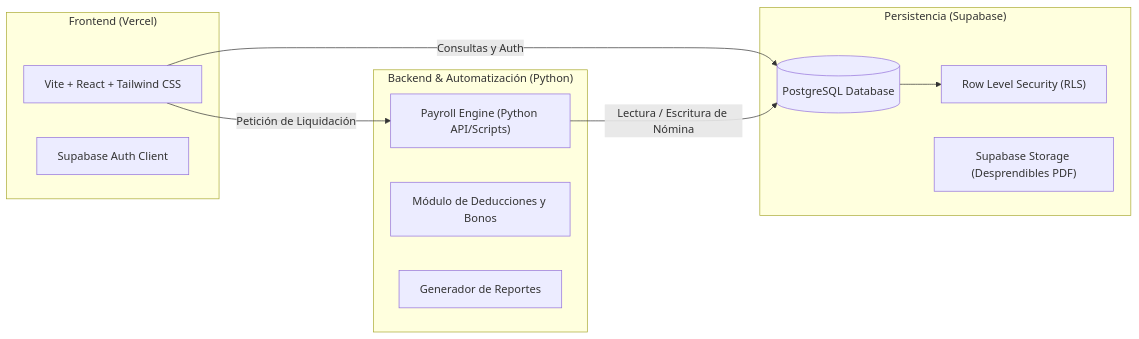
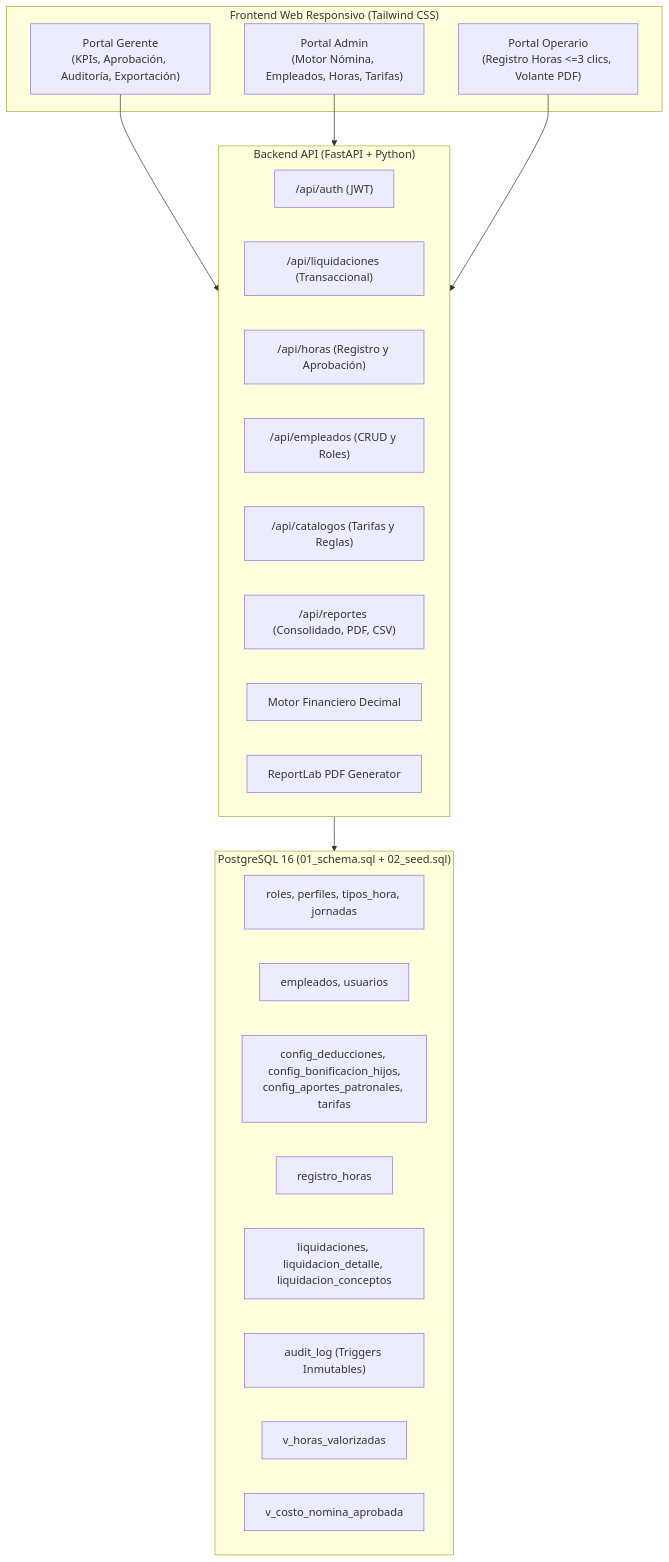
The diagram in README.md (4ndr3s-00/payroll-flow), drawn with Mermaid before and after one commit. The commit also changed other lines of this file and 26 other files, not shown here.

Commit message:
feat: implement full payroll calculation system, api, ui and tests according to sena requirements

````diff
--- a/README.md
+++ b/README.md
@@ -46,24 +42,35 @@
 ```mermaid
-graph LR
-    subgraph Frontend["Frontend (Vercel)"]
-        UI["Vite + React + Tailwind CSS"]
-        AUTH_UI["Supabase Auth Client"]
+graph TD
+    subgraph Frontend["Frontend Web Responsivo (Tailwind CSS)"]
+        UI_GERENTE["Portal Gerente\n(KPIs, Aprobación, Auditoría, Exportación)"]
+        UI_ADMIN["Portal Admin\n(Motor Nómina, Empleados, Horas, Tarifas)"]
+        UI_OPERARIO["Portal Operario\n(Registro Horas <=3 clics, Volante PDF)"]
     end
 
-    subgraph Backend["Backend & Automatización (Python)"]
-        ENGINE["Payroll Engine (Python API/Scripts)"]
-        CALC["Módulo de Deducciones y Bonos"]
-        REPORT["Generador de Reportes"]
+    subgraph Backend["Backend API (FastAPI + Python)"]
+        ROUTER_AUTH["/api/auth (JWT)"]
+        ROUTER_LIQ["/api/liquidaciones (Transaccional)"]
+        ROUTER_HORAS["/api/horas (Registro y Aprobación)"]
+        ROUTER_EMP["/api/empleados (CRUD y Roles)"]
+        ROUTER_CAT["/api/catalogos (Tarifas y Reglas)"]
+        ROUTER_REP["/api/reportes (Consolidado, PDF, CSV)"]
+        ENGINE["Motor Financiero Decimal"]
+        PDF_SVC["ReportLab PDF Generator"]
     end
 
-    subgraph Data["Persistencia (Supabase)"]
-        DB[("PostgreSQL Database")]
-        RLS["Row Level Security (RLS)"]
-        STORAGE["Supabase Storage (Desprendibles PDF)"]
+    subgraph Database["PostgreSQL 16 (01_schema.sql + 02_seed.sql)"]
+        T_CAT["roles, perfiles, tipos_hora, jornadas"]
+        T_USR["empleados, usuarios"]
+        T_REG["config_deducciones, config_bonificacion_hijos,\nconfig_aportes_patronales, tarifas"]
+        T_HOR["registro_horas"]
+        T_LIQ["liquidaciones, liquidacion_detalle, liquidacion_conceptos"]
+        T_AUD["audit_log (Triggers Inmutables)"]
+        V_HOR["v_horas_valorizadas"]
+        V_GER["v_costo_nomina_aprobada"]
     end
 
-    UI -->|Consultas y Auth| DB
-    UI -->|Petición de Liquidación| ENGINE
-    ENGINE -->|Lectura / Escritura de Nómina| DB
-    DB --> RLS
+    UI_GERENTE --> Backend
+    UI_ADMIN --> Backend
+    UI_OPERARIO --> Backend
+    Backend --> Database
 ```
````
